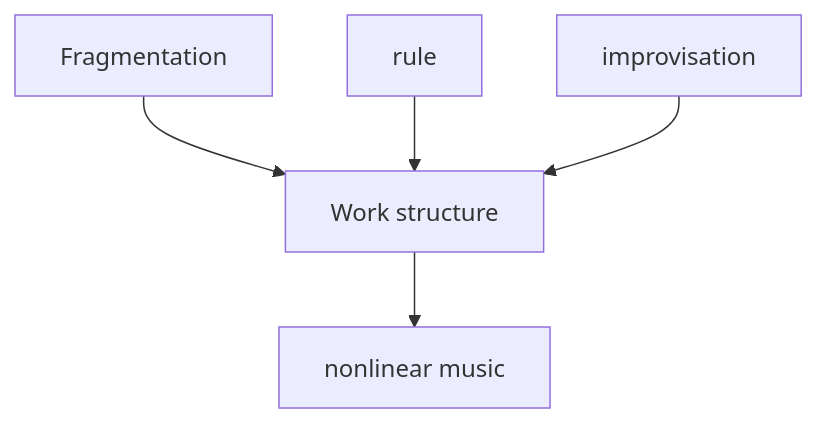
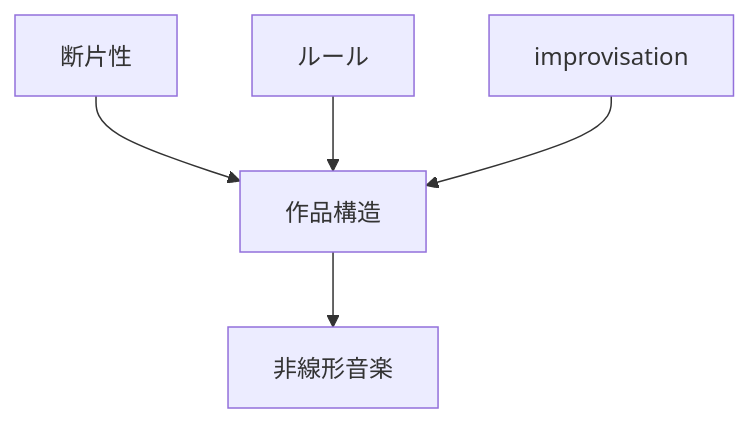
The second of 3 diagrams in en/_posts/2026-05-07-column-john-zorn.md (monumental-movement/monumental-movement.github.io), drawn with Mermaid before and after one commit. The commit also changed other lines of this file and 2196 other files, not shown here.

```diff
--- a/en/_posts/2026-05-07-column-john-zorn.md
+++ b/en/_posts/2026-05-07-column-john-zorn.md
@@ -168,7 +167,7 @@
 <div class="mermaid">
 graph TD
-A[Fragmentation] --> D[Work structure]
-B[rule] --> D
+A[断片性] --> D[作品構造]
+B[ルール] --> D
 C[improvisation] --> D
-D --> E[nonlinear music]
+D --> E[非線形音楽]
 </div>
```
